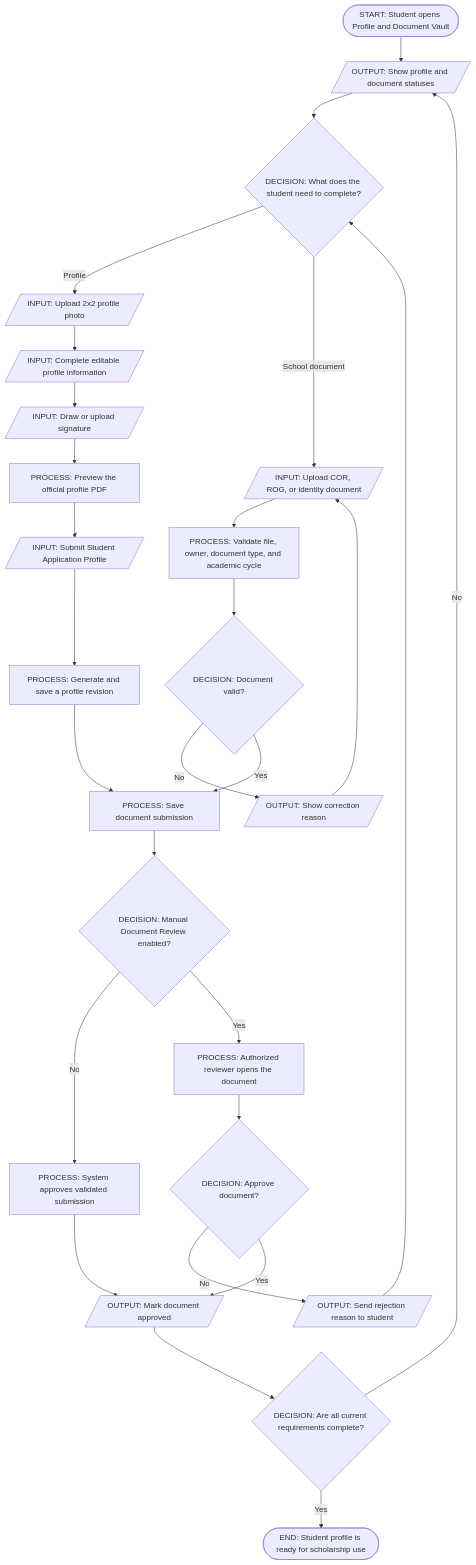
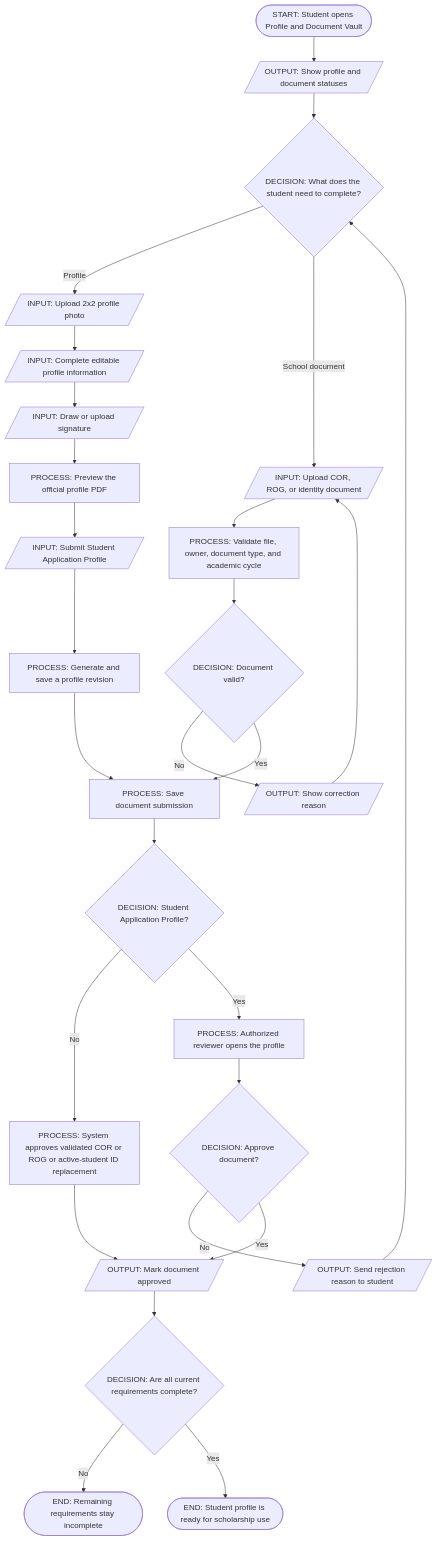
One commit to tristan-santos/BulsuScholar changed the third of 12 diagrams in docs/SystemFlowchart.md. Above: the diagram before and after it, drawn with Mermaid. The commit also changed other lines of this file and 95 other files, not shown here.

````diff
--- a/docs/SystemFlowchart.md
+++ b/docs/SystemFlowchart.md
@@ -119,32 +129,32 @@
 ```mermaid
 flowchart TD
     Start([START: Student opens Profile and Document Vault]) --> Status[/OUTPUT: Show profile and document statuses/]
     Status --> Choice{DECISION: What does the student need to complete?}
 
     Choice -- Profile --> Photo[/INPUT: Upload 2x2 profile photo/]
     Photo --> Form[/INPUT: Complete editable profile information/]
     Form --> Signature[/INPUT: Draw or upload signature/]
     Signature --> Preview[PROCESS: Preview the official profile PDF]
     Preview --> SubmitProfile[/INPUT: Submit Student Application Profile/]
     SubmitProfile --> Revision[PROCESS: Generate and save a profile revision]
 
     Choice -- School document --> Upload[/INPUT: Upload COR, ROG, or identity document/]
     Upload --> Validate[PROCESS: Validate file, owner, document type, and academic cycle]
     Validate --> FileValid{DECISION: Document valid?}
     FileValid -- No --> FileError[/OUTPUT: Show correction reason/]
     FileError --> Upload
     FileValid -- Yes --> Submission[PROCESS: Save document submission]
     Revision --> Submission
 
-    Submission --> Policy{DECISION: Manual Document Review enabled?}
-    Policy -- No --> Auto[PROCESS: System approves validated submission]
-    Policy -- Yes --> Review[PROCESS: Authorized reviewer opens the document]
+    Submission --> Kind{DECISION: Student Application Profile?}
+    Kind -- No --> Auto[PROCESS: System approves validated COR or ROG or active-student ID replacement]
+    Kind -- Yes --> Review[PROCESS: Authorized reviewer opens the profile]
     Review --> Decision{DECISION: Approve document?}
     Decision -- No --> Rejected[/OUTPUT: Send rejection reason to student/]
     Rejected --> Choice
     Decision -- Yes --> Approved[/OUTPUT: Mark document approved/]
     Auto --> Approved
     Approved --> Ready{DECISION: Are all current requirements complete?}
-    Ready -- No --> Status
+    Ready -- No --> PendingEnd([END: Remaining requirements stay incomplete])
     Ready -- Yes --> End([END: Student profile is ready for scholarship use])
 ```
````
